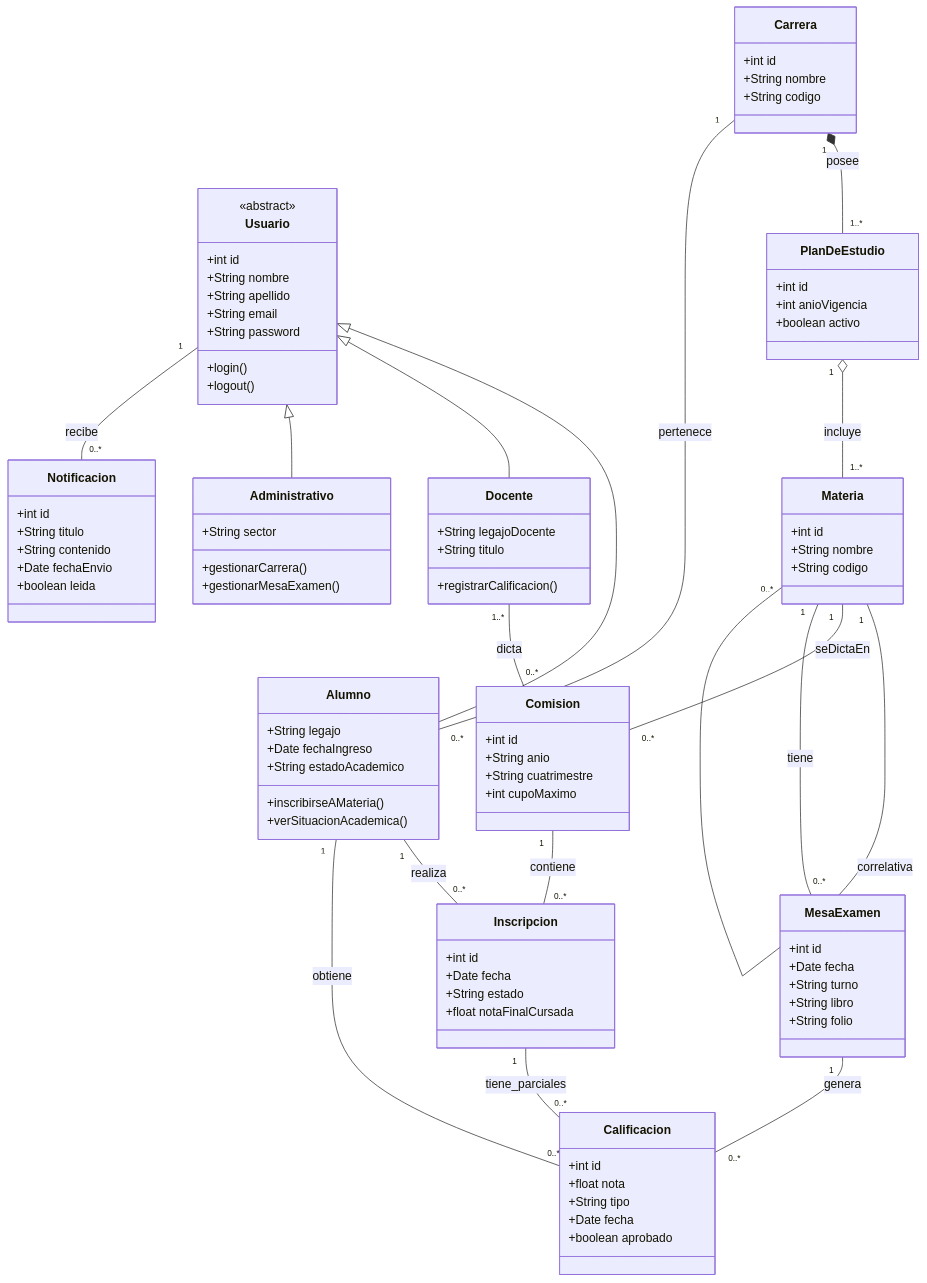
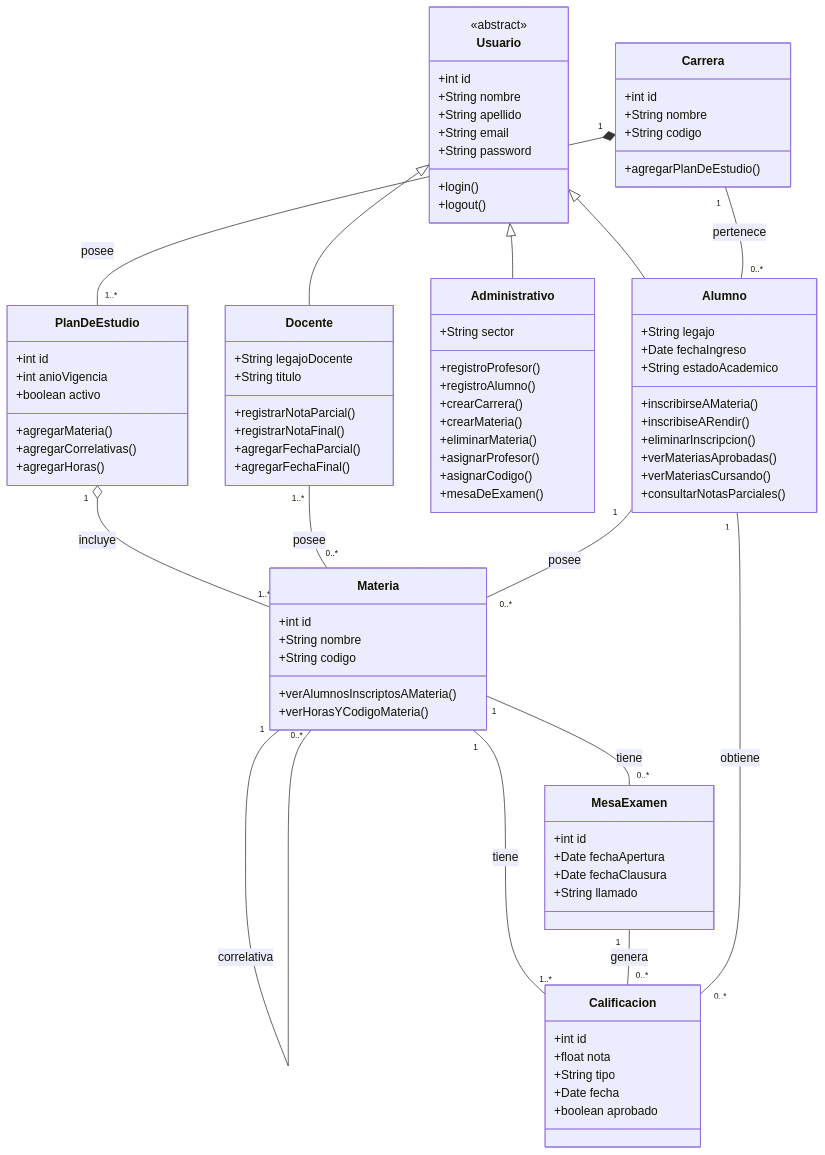
The diagram in Requirements.md (Jp-004/Ingenieria-de-software), drawn with Mermaid before and after one commit.

Commit message:
Update 1/1 Requirements.md

````diff
--- a/Requirements.md
+++ b/Requirements.md
@@ -114,52 +114,58 @@
         +Date fechaIngreso
         +String estadoAcademico
         +inscribirseAMateria()
-        +verSituacionAcademica()
+		+inscribiseARendir()
+		+eliminarInscripcion()
+        +verMateriasAprobadas()
+		+verMateriasCursando()
+		+consultarNotasParciales()
     }
 
     class Docente {
         +String legajoDocente
         +String titulo
-        +registrarCalificacion()
+        +registrarNotaParcial()
+		+registrarNotaFinal()
+		+agregarFechaParcial()
+		+agregarFechaFinal()
     }
 
     class Administrativo {
         +String sector
-        +gestionarCarrera()
-        +gestionarMesaExamen()
+        +registroProfesor()
+        +registroAlumno()
+		+crearCarrera()
+		+crearMateria()
+		+eliminarMateria()
+		+asignarProfesor()
+		+asignarCodigo()
+		+mesaDeExamen()
     }
 
     class Carrera {
         +int id
         +String nombre
         +String codigo
+		+agregarPlanDeEstudio()
     }
 
     class PlanDeEstudio {
         +int id
         +int anioVigencia
         +boolean activo
+		+agregarMateria()
+		+agregarCorrelativas()
+		+agregarHoras()
     }
 
     class Materia {
         +int id
         +String nombre
         +String codigo
+		+verAlumnosInscriptosAMateria()
+		+verHorasYCodigoMateria()
     }
 
-    class Comision {
-        +int id
-        +String anio
-        +String cuatrimestre
-        +int cupoMaximo
-    }
-
-    class Inscripcion {
-        +int id
-        +Date fecha
-        +String estado
-        +float notaFinalCursada
-    }
 
     class Calificacion {
         +int id
@@ -171,19 +177,11 @@
 
     class MesaExamen {
         +int id
-        +Date fecha
-        +String turno
-        +String libro
-        +String folio
+        +Date fechaApertura
+		+Date fechaClausura
+        +String llamado
     }
 
-    class Notificacion {
-        +int id
-        +String titulo
-        +String contenido
-        +Date fechaEnvio
-        +boolean leida
-    }
 
     Usuario <|-- Alumno
     Usuario <|-- Docente
@@ -193,16 +191,13 @@
     PlanDeEstudio "1" o-- "1..*" Materia : incluye
     Materia "1" -- "0..*" Materia : correlativa
     Carrera "1" -- "0..*" Alumno : pertenece
-
-    Materia "1" -- "0..*" Comision : seDictaEn
-    Docente "1..*" -- "0..*" Comision : dicta
-    Alumno "1" -- "0..*" Inscripcion : realiza
-    Comision "1" -- "0..*" Inscripcion : contiene
-    Inscripcion "1" -- "0..*" Calificacion : tiene_parciales
+	Docente "1..*" -- "0..*" Materia : posee
+	Alumno "1" -- "0..*" Materia : posee
+	Materia "1" -- "1..*" Calificacion : tiene
+	
+	
 
     Materia "1" -- "0..*" MesaExamen : tiene
     MesaExamen "1" -- "0..*" Calificacion : genera
     Alumno "1" -- "0..*" Calificacion : obtiene
-
-    Usuario "1" -- "0..*" Notificacion : recibe
 ```
````
